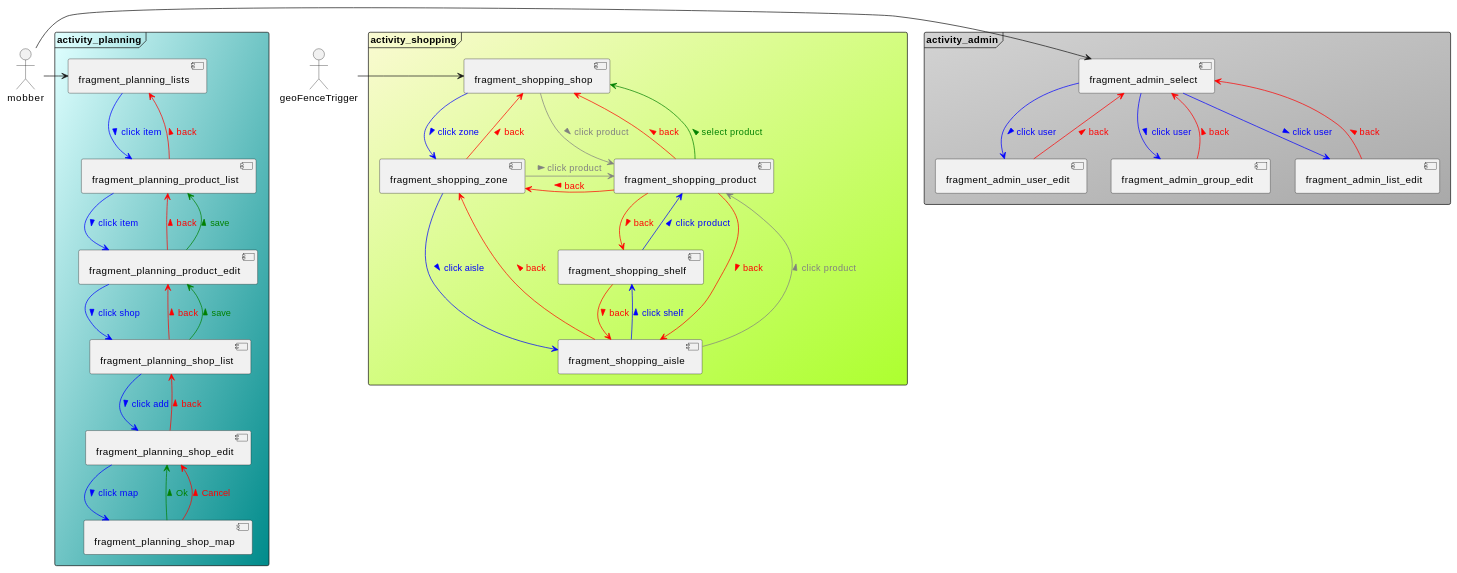
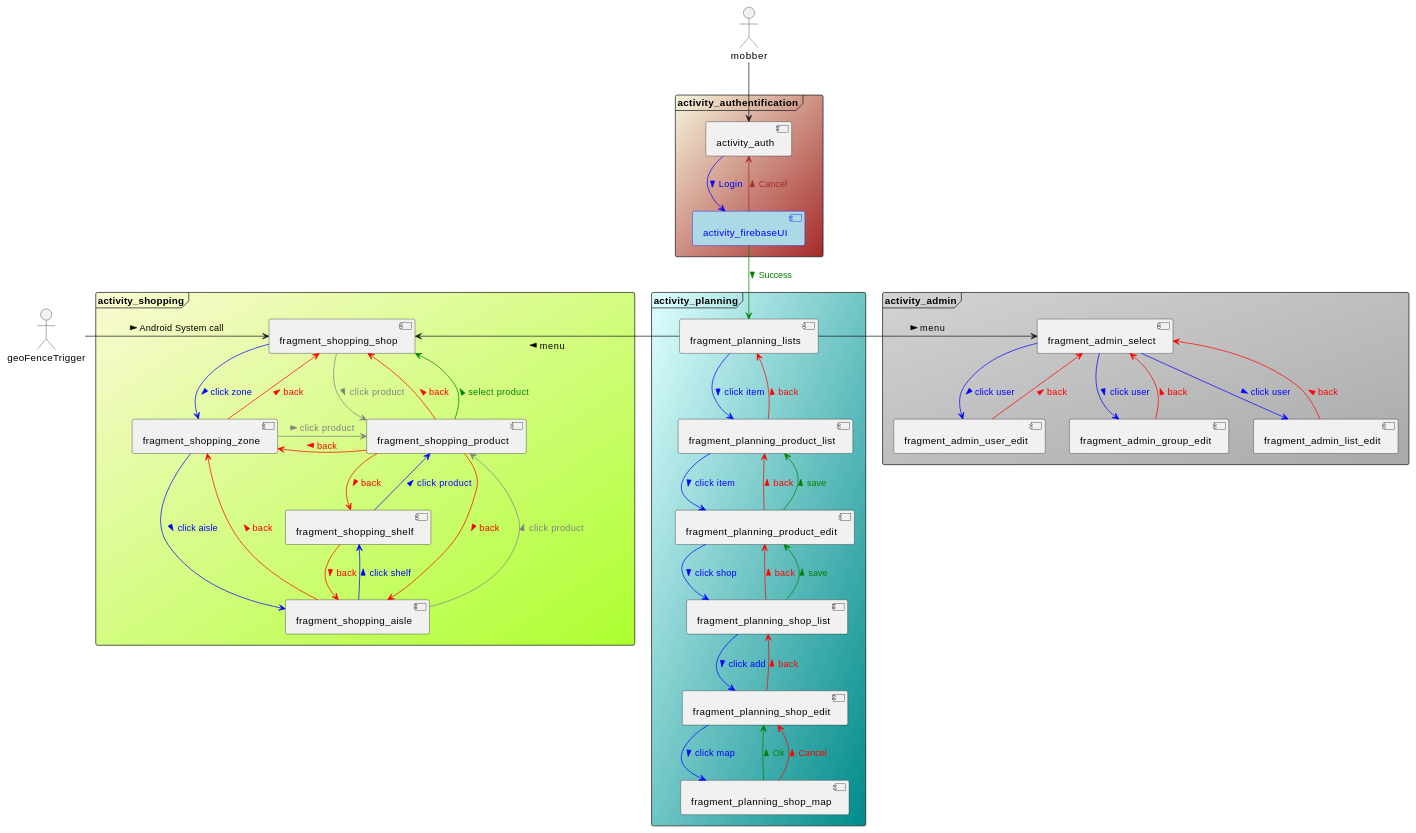
The diagram in doc/puml/navigation.md (fwornle/ShopMob), drawn with PlantUML before and after one commit.

Commit message:
update navigation UML

````diff
--- a/doc/puml/navigation.md
+++ b/doc/puml/navigation.md
@@ -3,37 +3,6 @@
 
 actor mobber
 actor geoFenceTrigger
-
-frame "activity_planning" #Lightcyan/Darkcyan {
-    
-    component fragment_planning_lists
-    component fragment_planning_product_list
-    component fragment_planning_product_edit
-    component fragment_planning_shop_list
-    component fragment_planning_shop_edit
-    component fragment_planning_shop_map
-
-    mobber -> fragment_planning_lists
-    
-    fragment_planning_lists -down-> fragment_planning_product_list #blue;text:blue : click item > 
-    fragment_planning_product_list -down-> fragment_planning_lists #red;text:red : back > 
-
-    fragment_planning_product_list -down-> fragment_planning_product_edit #blue;text:blue : click item >
-    fragment_planning_product_edit -down-> fragment_planning_product_list #red;text:red : back > 
-    fragment_planning_product_edit -down-> fragment_planning_product_list #green;text:green : save >
-
-    fragment_planning_product_edit -down-> fragment_planning_shop_list #blue;text:blue : click shop > 
-    fragment_planning_shop_list -down-> fragment_planning_product_edit #red;text:red : back > 
-    fragment_planning_shop_list -down-> fragment_planning_product_edit #green;text:green : save > 
-
-    fragment_planning_shop_list -down-> fragment_planning_shop_edit #blue;text:blue : click add > 
-    fragment_planning_shop_edit -down-> fragment_planning_shop_list #red;text:red : back > 
-
-    fragment_planning_shop_edit -down-> fragment_planning_shop_map #blue;text:blue : click map >
-    fragment_planning_shop_map -down-> fragment_planning_shop_edit #green;text:green : Ok >
-    fragment_planning_shop_map -down-> fragment_planning_shop_edit #red;text:red : Cancel > 
-
-}
 
 frame "activity_shopping" #LightGoldenRodYellow/GreenYellow {
     
@@ -43,7 +12,7 @@
     component fragment_shopping_shelf
     component fragment_shopping_product
 
-    geoFenceTrigger -> fragment_shopping_shop
+    geoFenceTrigger -right-> fragment_shopping_shop : Android System call >
 
     fragment_shopping_shop -down-> fragment_shopping_zone #blue;text:blue : click zone > 
     fragment_shopping_zone -down-> fragment_shopping_aisle #blue;text:blue : click aisle > 
@@ -67,6 +36,36 @@
 
 }
 
+frame "activity_planning" #Lightcyan/Darkcyan {
+    
+    component fragment_planning_lists
+    component fragment_planning_product_list
+    component fragment_planning_product_edit
+    component fragment_planning_shop_list
+    component fragment_planning_shop_edit
+    component fragment_planning_shop_map
+
+    fragment_planning_lists -left-> fragment_shopping_shop : menu >
+    
+    fragment_planning_lists -down-> fragment_planning_product_list #blue;text:blue : click item > 
+    fragment_planning_product_list -down-> fragment_planning_lists #red;text:red : back > 
+
+    fragment_planning_product_list -down-> fragment_planning_product_edit #blue;text:blue : click item >
+    fragment_planning_product_edit -down-> fragment_planning_product_list #red;text:red : back > 
+    fragment_planning_product_edit -down-> fragment_planning_product_list #green;text:green : save >
+
+    fragment_planning_product_edit -down-> fragment_planning_shop_list #blue;text:blue : click shop > 
+    fragment_planning_shop_list -down-> fragment_planning_product_edit #red;text:red : back > 
+    fragment_planning_shop_list -down-> fragment_planning_product_edit #green;text:green : save > 
+
+    fragment_planning_shop_list -down-> fragment_planning_shop_edit #blue;text:blue : click add > 
+    fragment_planning_shop_edit -down-> fragment_planning_shop_list #red;text:red : back > 
+
+    fragment_planning_shop_edit -down-> fragment_planning_shop_map #blue;text:blue : click map >
+    fragment_planning_shop_map -down-> fragment_planning_shop_edit #green;text:green : Ok >
+    fragment_planning_shop_map -down-> fragment_planning_shop_edit #red;text:red : Cancel > 
+
+}
 
 
 frame "activity_admin" #Lightgrey/Darkgray {
@@ -76,7 +75,7 @@
     component fragment_admin_group_edit
     component fragment_admin_list_edit
 
-    mobber -> fragment_admin_select
+    fragment_planning_lists -right-> fragment_admin_select : menu >
     
     fragment_admin_select -down-> fragment_admin_user_edit #blue;text:blue : click user >
     fragment_admin_user_edit -> fragment_admin_select #red;text:red : back >
@@ -88,5 +87,20 @@
     fragment_admin_list_edit -> fragment_admin_select #red;text:red : back >
 }
 
+
+frame "activity_authentification" #beige/brown {
+    
+    component activity_auth
+    component activity_firebaseUI #lightblue;text:blue;line:blue
+
+    mobber -down-> activity_auth
+    
+    activity_auth -down-> activity_firebaseUI #blue;text:blue : Login >
+    activity_firebaseUI -down-> activity_auth #brown;text:brown : Cancel >
+    activity_firebaseUI -down-> fragment_planning_lists #green;text:green : Success >
+    
+}
+
+
 @enduml
 ```
````
